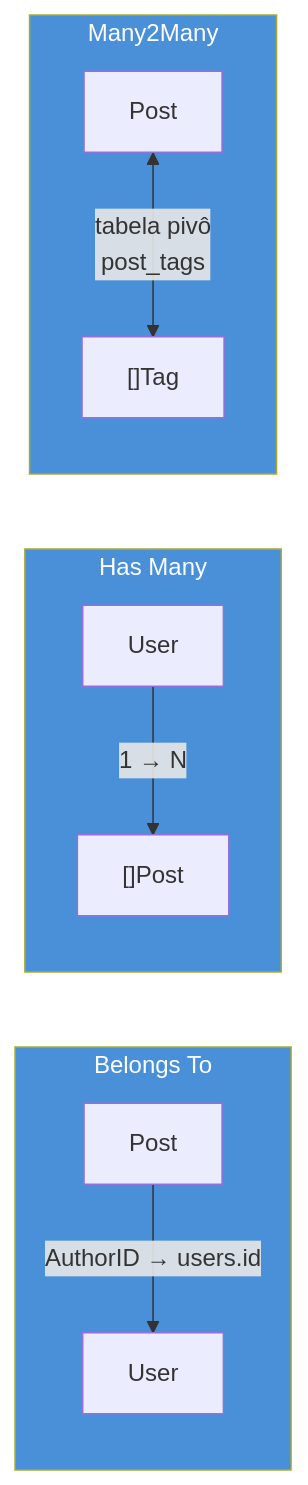
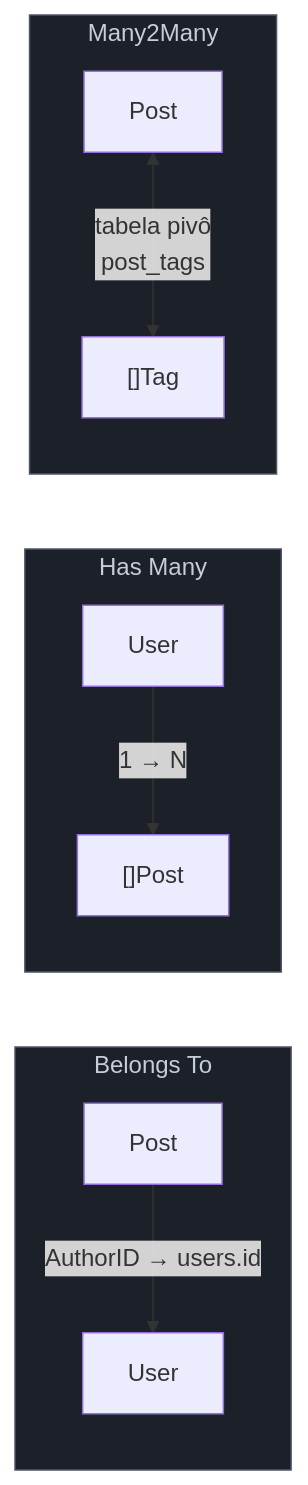
The first of 2 diagrams in 03-Dominios/Tecnologia/Go/11 - Persistência/06 - GORM — o ORM.md (josenaldo/codex-technomanticus), drawn with Mermaid before and after one commit. The commit also changed 1181 other files, not shown here.

First line of the commit message:
fix(diagramas): paleta do sistema no lugar de cor cravada no markdown

````diff
--- a/03-Dominios/Tecnologia/Go/11 - Persistência/06 - GORM — o ORM.md
+++ b/03-Dominios/Tecnologia/Go/11 - Persistência/06 - GORM — o ORM.md
@@ -88,16 +88,17 @@
 ```mermaid
 flowchart LR
+    classDef neutro fill:#1B2029,stroke:#4E5666,color:#C6CCD8
     subgraph BelongsTo["Belongs To"]
         Post1["Post"] -->|"AuthorID → users.id"| User1["User"]
     end
     subgraph HasMany["Has Many"]
         User2["User"] -->|"1 → N"| Post2["[]Post"]
     end
     subgraph Many2Many["Many2Many"]
         Post3["Post"] <-->|"tabela pivô\npost_tags"| Tag3["[]Tag"]
     end
 
-    style BelongsTo fill:#4A90D9,color:#fff
-    style HasMany fill:#4A90D9,color:#fff
-    style Many2Many fill:#4A90D9,color:#fff
+    class BelongsTo neutro
+    class HasMany neutro
+    class Many2Many neutro
 ```
````
